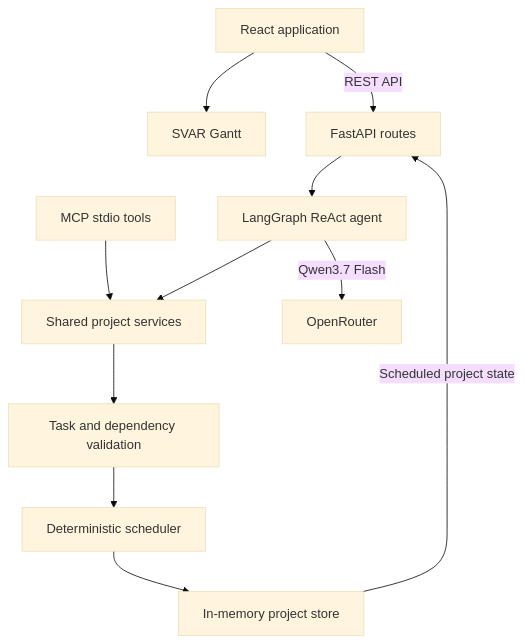
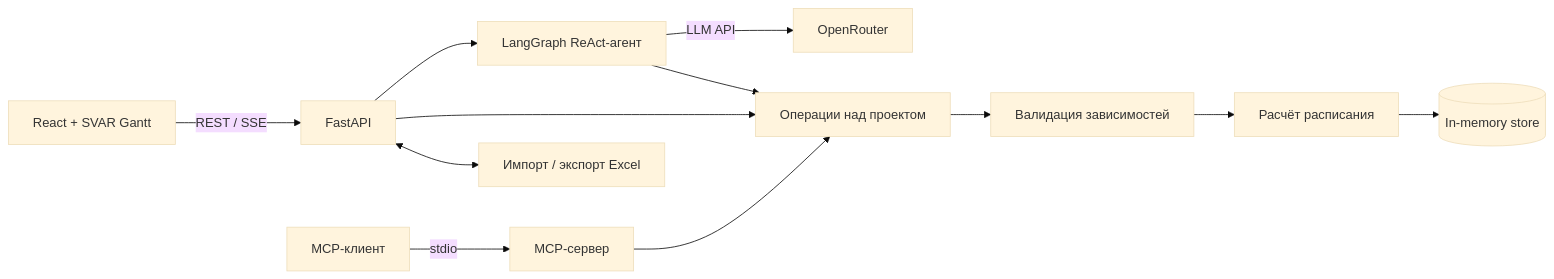
One commit to ngusika-cloud/BIOCAD-test-task changed the diagram in README.md. Above: the diagram before and after it, drawn with Mermaid (base theme). The commit also changed other lines of this file, not shown here.

````diff
--- a/README.md
+++ b/README.md
@@ -49,13 +58,14 @@
 ```mermaid
-flowchart TD
-    UI[React application] --> Gantt[SVAR Gantt]
-    UI -->|REST API| Routes[FastAPI routes]
-    MCP[MCP stdio tools] --> Services[Shared project services]
-    Routes --> Agent[LangGraph ReAct agent]
-    Agent -->|Qwen3.7 Flash| OpenRouter[OpenRouter]
-    Agent --> Services
-    Services --> Validation[Task and dependency validation]
-    Validation --> Scheduler[Deterministic scheduler]
-    Scheduler --> Store[In-memory project store]
-    Store -->|Scheduled project state| Routes
+flowchart LR
+    UI[React + SVAR Gantt] -->|REST / SSE| API[FastAPI]
+    MCP[MCP-клиент] -->|stdio| MCPServer[MCP-сервер]
+    API --> Agent[LangGraph ReAct-агент]
+    Agent -->|LLM API| OpenRouter[OpenRouter]
+    Agent --> Services[Операции над проектом]
+    API --> Services
+    MCPServer --> Services
+    API <--> Excel[Импорт / экспорт Excel]
+    Services --> Validation[Валидация зависимостей]
+    Validation --> Scheduler[Расчёт расписания]
+    Scheduler --> Store[(In-memory store)]
 ```
````
